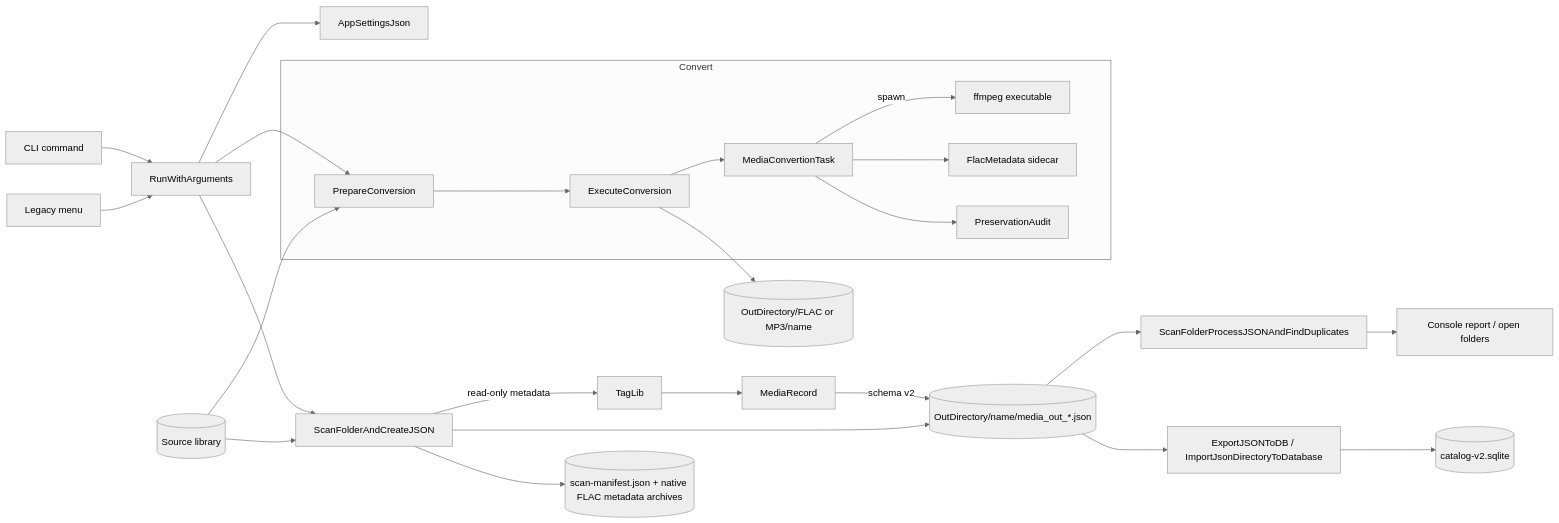
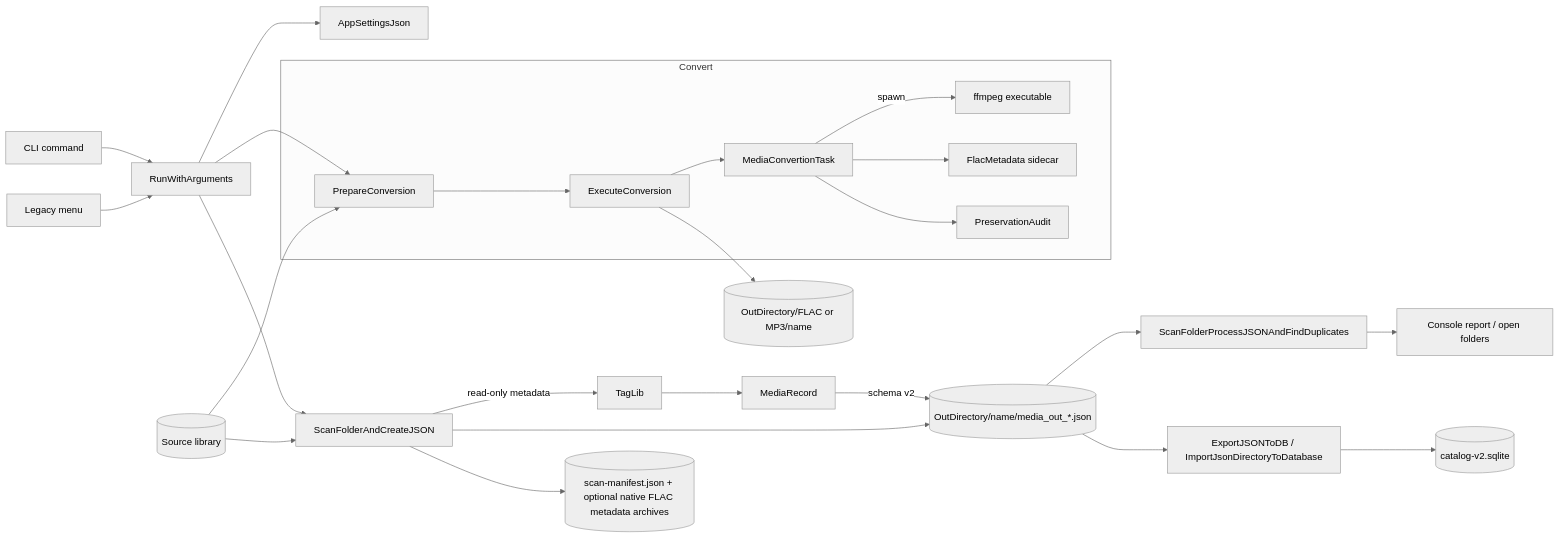
The diagram in FlacConvert/DESIGN.md (guyker/AudioFormatConverter), drawn with Mermaid (neutral theme) before and after one commit. The commit also changed other lines of this file and 29 other files, not shown here.

Commit message:
Make FLAC scan metadata archives optional

````diff
--- a/FlacConvert/DESIGN.md
+++ b/FlacConvert/DESIGN.md
@@ -42,27 +42,27 @@
 ```mermaid
 flowchart LR
     CLI[CLI command] --> RWA[RunWithArguments]
     Menu[Legacy menu] --> RWA
     RWA --> CFG[AppSettingsJson]
     subgraph Convert
         PC[PrepareConversion] --> EC[ExecuteConversion]
         EC --> MCT[MediaConvertionTask]
         MCT -->|spawn| FF[ffmpeg executable]
         MCT --> FM[FlacMetadata sidecar]
         MCT --> PA[PreservationAudit]
     end
     RWA --> PC
     SRC[(Source library)] --> PC
     EC --> OUT[(OutDirectory/FLAC or MP3/name)]
     RWA --> SCAN[ScanFolderAndCreateJSON]
     SRC --> SCAN
     SCAN -->|read-only metadata| TAGLIB[TagLib]
     TAGLIB --> RECORD[MediaRecord]
     RECORD -->|schema v2| JSON
     SCAN --> JSON[(OutDirectory/name/media_out_*.json)]
-    SCAN --> MANIFEST[(scan-manifest.json + native FLAC metadata archives)]
+    SCAN --> MANIFEST[(scan-manifest.json + optional native FLAC metadata archives)]
     JSON --> DUP[ScanFolderProcessJSONAndFindDuplicates]
     DUP --> REP[Console report / open folders]
     JSON --> DB[ExportJSONToDB / ImportJsonDirectoryToDatabase]
     DB --> SQL[(catalog-v2.sqlite)]
 ```
````
